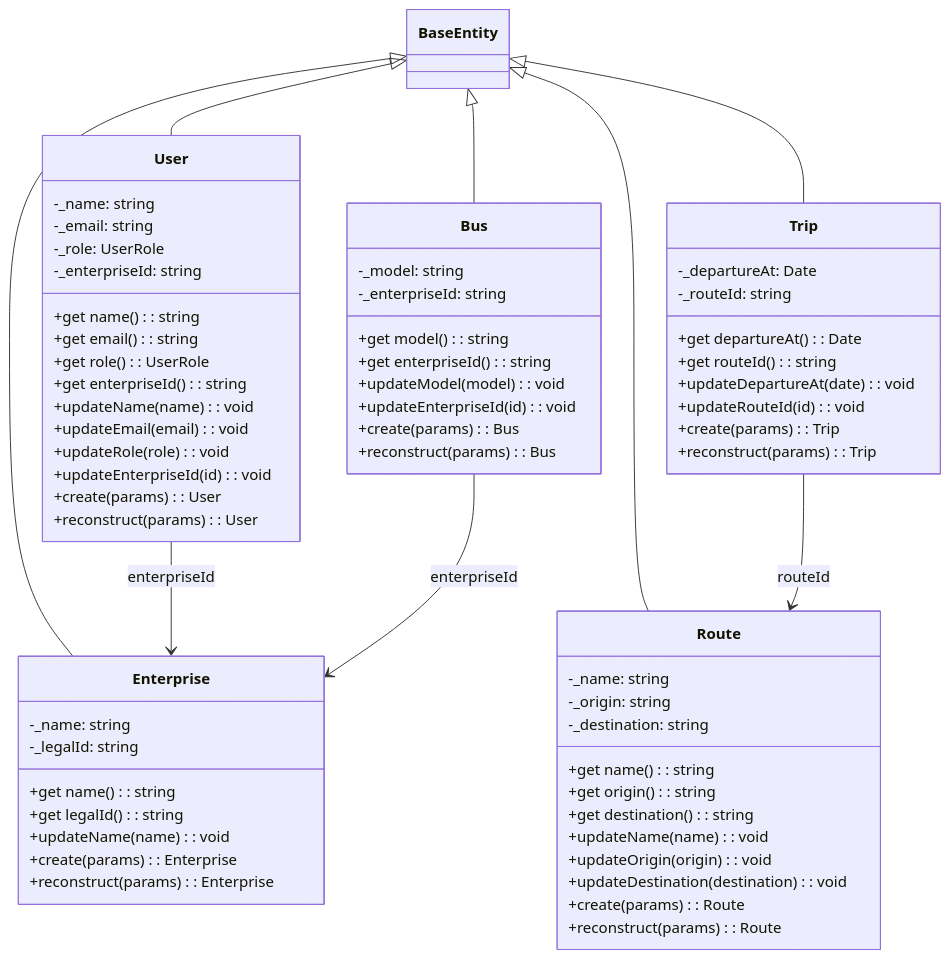
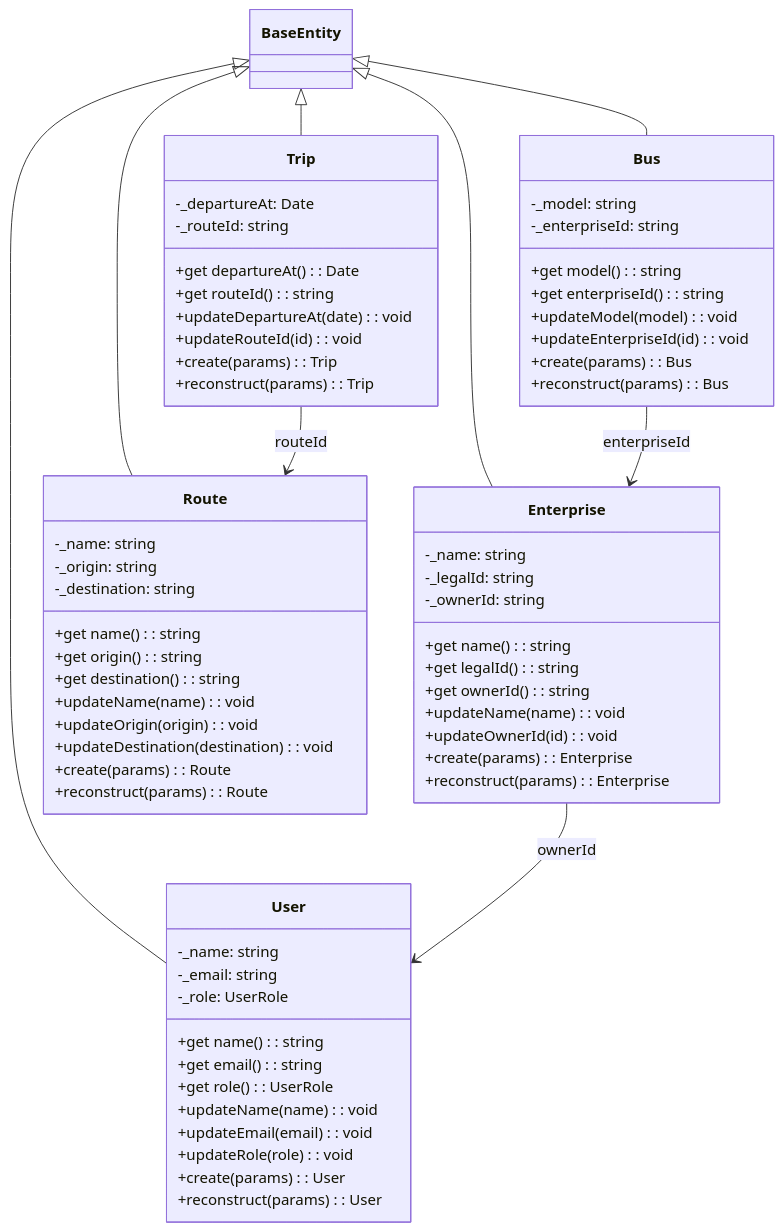
Before and after one commit to Agustin-Perezz/bus-system: the second of 2 diagrams in docs/02_ENTITIES.md, drawn with Mermaid. The commit also changed other lines of this file and 2 other files, not shown here.

Commit message:
Update docs for enterprise-owner one-to-one relation

````diff
--- a/docs/02_ENTITIES.md
+++ b/docs/02_ENTITIES.md
@@ -42,71 +42,71 @@
 ```mermaid
 classDiagram
     class Enterprise {
         -_name: string
         -_legalId: string
+        -_ownerId: string
         +get name(): string
         +get legalId(): string
+        +get ownerId(): string
         +updateName(name): void
+        +updateOwnerId(id): void
         +create(params): Enterprise
         +reconstruct(params): Enterprise
     }
     class Route {
         -_name: string
         -_origin: string
         -_destination: string
         +get name(): string
         +get origin(): string
         +get destination(): string
         +updateName(name): void
         +updateOrigin(origin): void
         +updateDestination(destination): void
         +create(params): Route
         +reconstruct(params): Route
     }
     class User {
         -_name: string
         -_email: string
         -_role: UserRole
-        -_enterpriseId: string
         +get name(): string
         +get email(): string
         +get role(): UserRole
-        +get enterpriseId(): string
         +updateName(name): void
         +updateEmail(email): void
         +updateRole(role): void
-        +updateEnterpriseId(id): void
         +create(params): User
         +reconstruct(params): User
     }
     class Bus {
         -_model: string
         -_enterpriseId: string
         +get model(): string
         +get enterpriseId(): string
         +updateModel(model): void
         +updateEnterpriseId(id): void
         +create(params): Bus
         +reconstruct(params): Bus
     }
     class Trip {
         -_departureAt: Date
         -_routeId: string
         +get departureAt(): Date
         +get routeId(): string
         +updateDepartureAt(date): void
         +updateRouteId(id): void
         +create(params): Trip
         +reconstruct(params): Trip
     }
 
     BaseEntity <|-- Enterprise
     BaseEntity <|-- Route
     BaseEntity <|-- User
     BaseEntity <|-- Bus
     BaseEntity <|-- Trip
 
-    User --> Enterprise : enterpriseId
+    Enterprise --> User : ownerId
     Bus --> Enterprise : enterpriseId
     Trip --> Route : routeId
 ```
````
